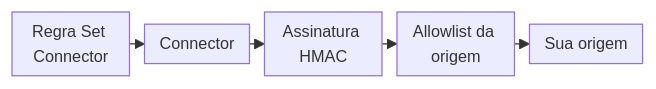
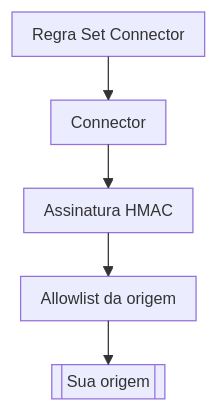
Before and after one commit to aziontech/docs: the third of 4 diagrams in apps/docs/src/content/docs/pt-br/pages/secure/connectors/como-funciona.mdx, drawn with Mermaid. The commit also changed other lines of this file and 179 other files, not shown here.

Commit message:
docs(diagrams): redraw every other diagram in the use-case diagram style (#2513)

````diff
--- a/apps/docs/src/content/docs/pt-br/pages/secure/connectors/como-funciona.mdx
+++ b/apps/docs/src/content/docs/pt-br/pages/secure/connectors/como-funciona.mdx
@@ -196,8 +196,8 @@
 ```mermaid
-%%{init: {"layout": "dagre", "themeVariables": {"fontSize": "13px"}, "flowchart": {"nodeSpacing": 12, "rankSpacing": 12, "padding": 6, "wrappingWidth": 70, "minNodeWidth": 40, "useMaxWidth": true}}}%%
-flowchart LR
+%%{init: {"layout": "elk", "themeVariables": {"fontSize": "13px"}, "flowchart": {"nodeSpacing": 24, "rankSpacing": 36, "padding": 8, "wrappingWidth": 150, "useMaxWidth": true}, "sequence": {"width": 120, "actorMargin": 30, "useMaxWidth": true}}}%%
+flowchart TD
   Rule["Regra Set Connector"] --> Conn["Connector"]
   Conn --> Sign["Assinatura HMAC"]
   Sign --> ACL["Allowlist da origem"]
-  ACL --> Origin["Sua origem"]
+  ACL --> Origin[["Sua origem"]]
 ```
````
